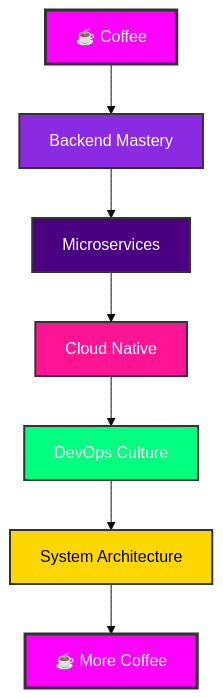
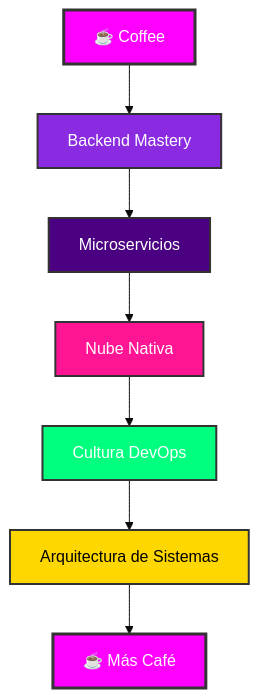
Before and after one commit to hollyredfield/hollyredfield: the diagram in README.md, drawn with Mermaid (base theme). The commit also changed other lines of this file, not shown here.

Commit message:
Translate developer info and roadmap to Spanish

````diff
--- a/README.md
+++ b/README.md
@@ -205,17 +205,17 @@
 ```mermaid
 graph TD
     A[☕ Coffee] --> B[Backend Mastery]
-    B --> C[Microservices]
-    C --> D[Cloud Native]
-    D --> E[DevOps Culture]
-    E --> F[System Architecture]
-    F --> G[☕ More Coffee]
+    B --> C[Microservicios]
+    C --> D[Nube Nativa]
+    D --> E[Cultura DevOps]
+    E --> F[Arquitectura de Sistemas]
+    F --> G[☕ Más Café]
     
     style A fill:#FF00FF,stroke:#333,stroke-width:3px,color:#fff
     style B fill:#8A2BE2,stroke:#333,stroke-width:2px,color:#fff
     style C fill:#4B0082,stroke:#333,stroke-width:2px,color:#fff
     style D fill:#FF1493,stroke:#333,stroke-width:2px,color:#fff
     style E fill:#00FF7F,stroke:#333,stroke-width:2px,color:#fff
     style F fill:#FFD700,stroke:#333,stroke-width:2px,color:#000
     style G fill:#FF00FF,stroke:#333,stroke-width:3px,color:#fff
 ```
````
